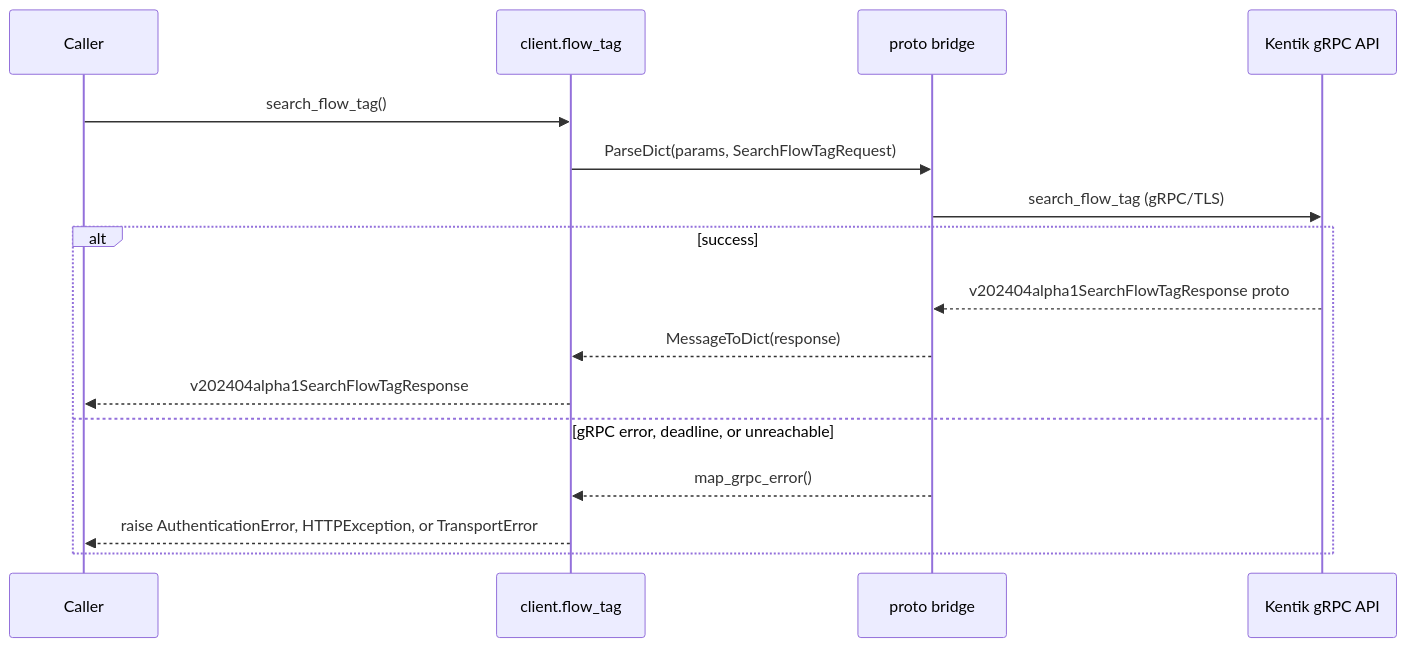
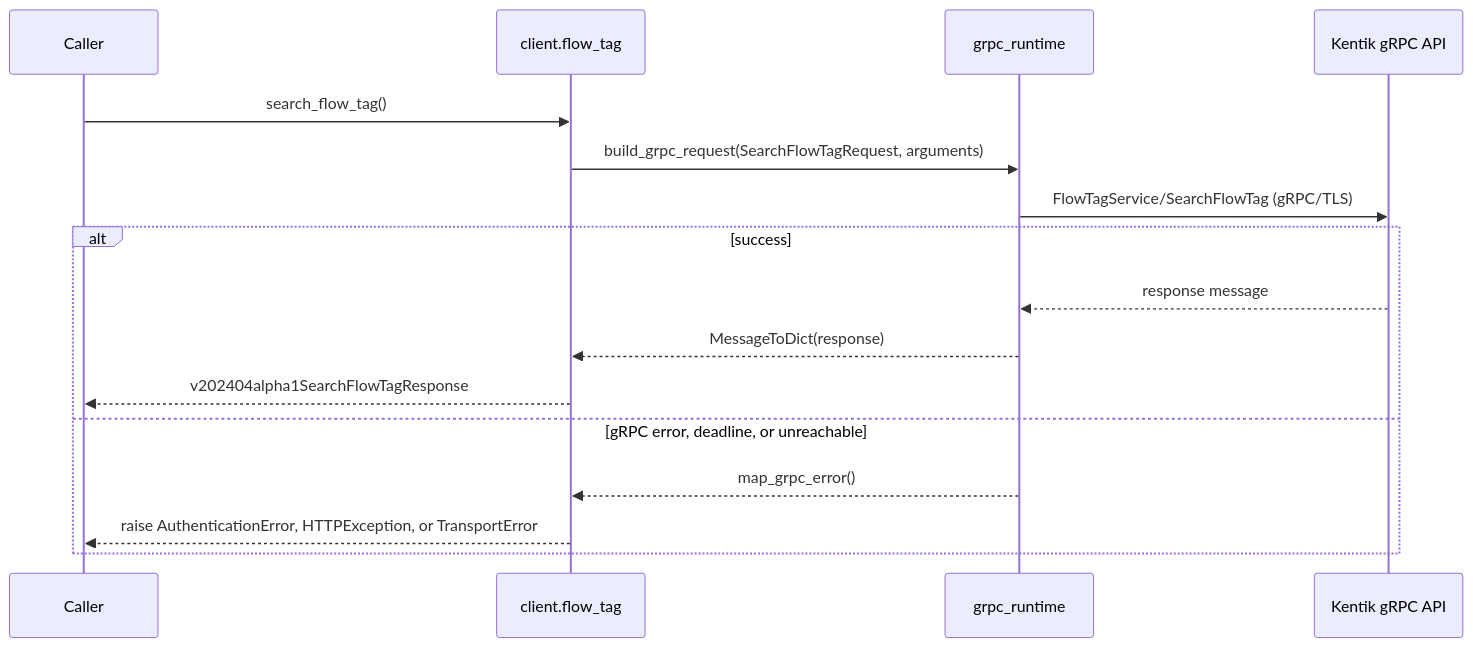
The third of 12 diagrams in docs/sphinx/services/flow_tag.md (alexdearaujo/community_sdk_python), drawn with Mermaid before and after one commit. The commit also changed other lines of this file and 37 other files, not shown here.

First line of the commit message:
docs: show the real RPC in each service page's gRPC diagram

````diff
--- a/docs/sphinx/services/flow_tag.md
+++ b/docs/sphinx/services/flow_tag.md
@@ -59,19 +59,19 @@
 ```mermaid
 sequenceDiagram
     participant C as Caller
     participant W as client.flow_tag
-    participant B as proto bridge
+    participant R as grpc_runtime
     participant API as Kentik gRPC API
 
     C->>W: search_flow_tag()
-    W->>B: ParseDict(params, SearchFlowTagRequest)
-    B->>API: search_flow_tag (gRPC/TLS)
+    W->>R: build_grpc_request(SearchFlowTagRequest, arguments)
+    R->>API: FlowTagService/SearchFlowTag (gRPC/TLS)
     alt success
-        API-->>B: v202404alpha1SearchFlowTagResponse proto
-        B-->>W: MessageToDict(response)
+        API-->>R: response message
+        R-->>W: MessageToDict(response)
         W-->>C: v202404alpha1SearchFlowTagResponse
     else gRPC error, deadline, or unreachable
-        B-->>W: map_grpc_error()
+        R-->>W: map_grpc_error()
         W-->>C: raise AuthenticationError, HTTPException, or TransportError
     end
 ```
````
